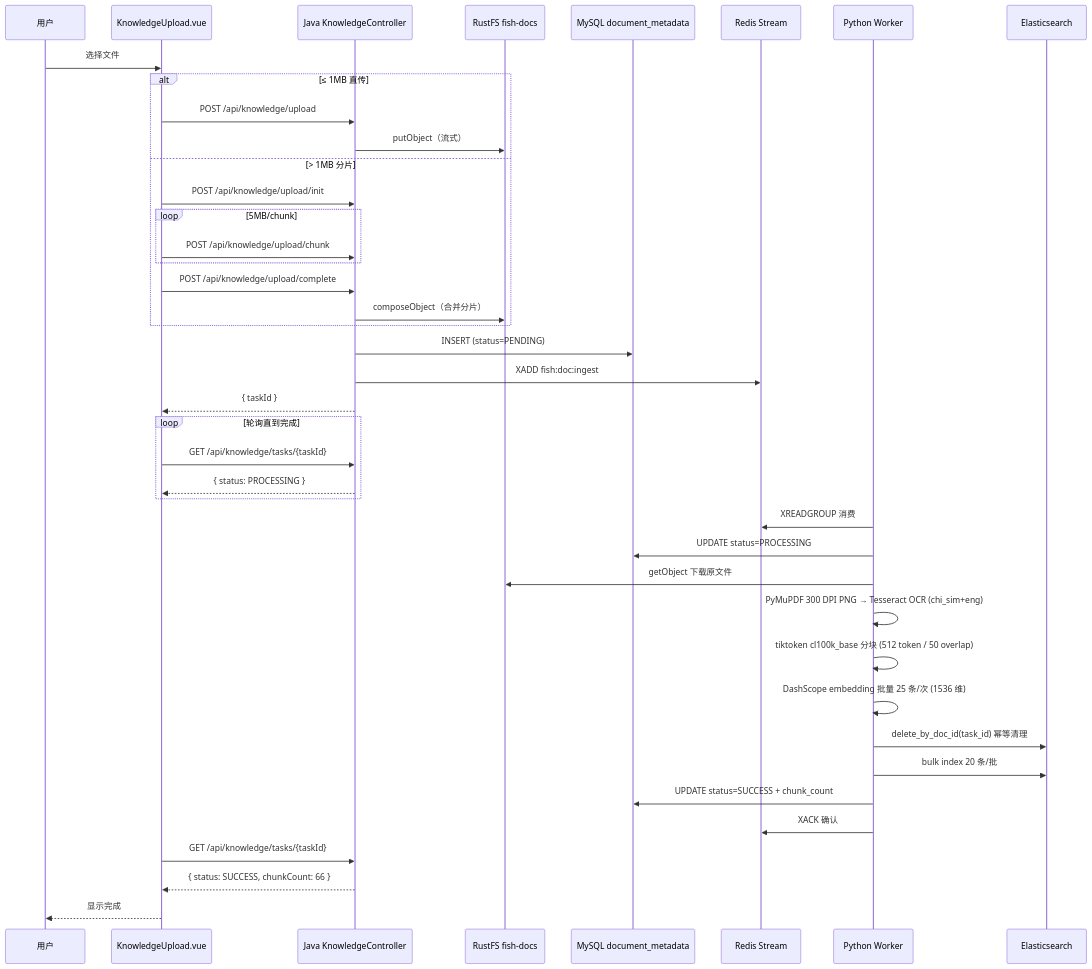
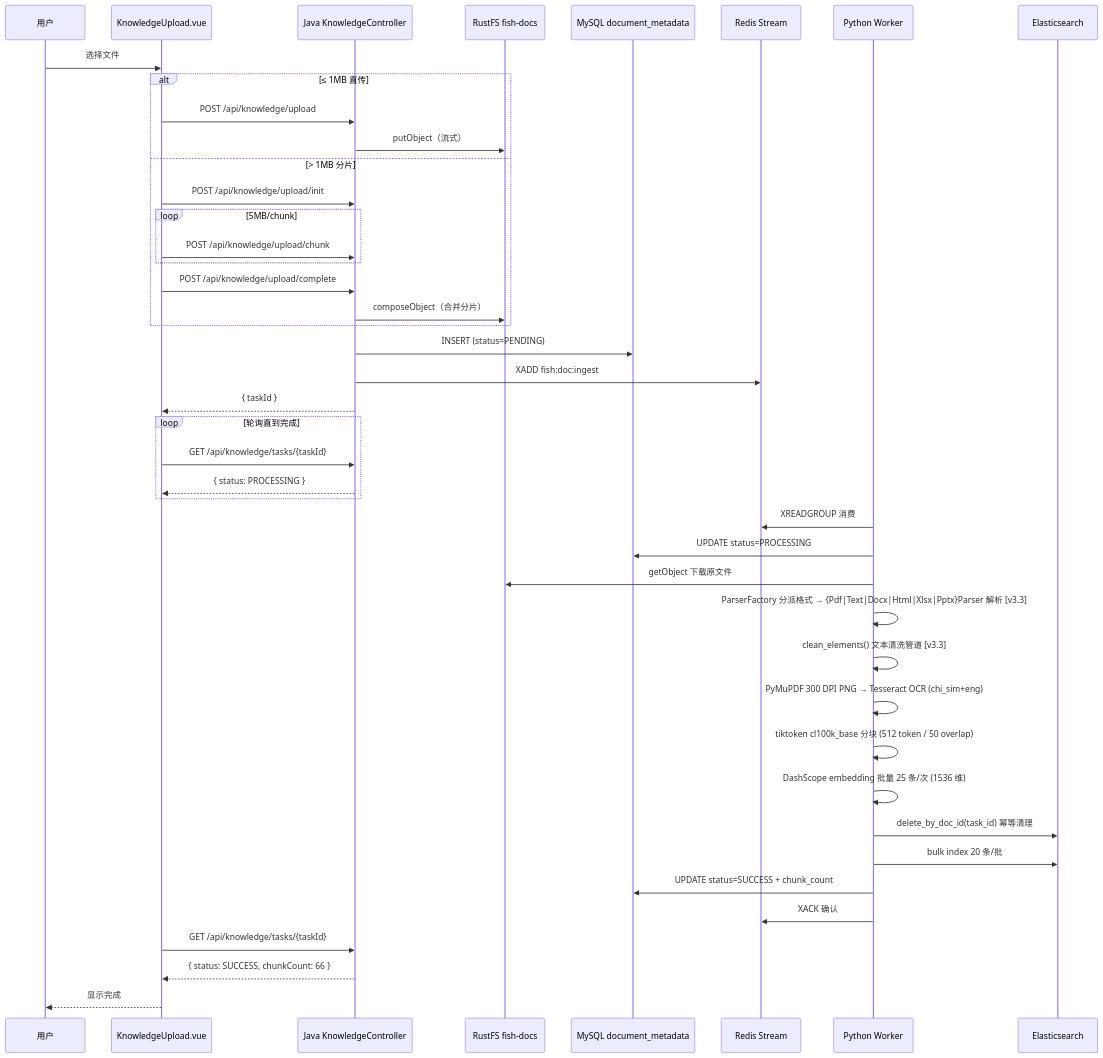
The second of 4 diagrams in document/模块要点/模块5-知识库闭环与可靠性.md (Yuyu123fish/Fish-Agent), drawn with Mermaid before and after one commit. The commit also changed 3 other files, not shown here.

````diff
--- a/document/模块要点/模块5-知识库闭环与可靠性.md
+++ b/document/模块要点/模块5-知识库闭环与可靠性.md
@@ -56,47 +56,49 @@
 ```mermaid
 sequenceDiagram
     participant U as 用户
     participant FE as KnowledgeUpload.vue
     participant BE as Java KnowledgeController
     participant RustFS as RustFS fish-docs
     participant MySQL as MySQL document_metadata
     participant Stream as Redis Stream
     participant Worker as Python Worker
     participant ES as Elasticsearch
 
     U->>FE: 选择文件
     alt ≤ 1MB 直传
         FE->>BE: POST /api/knowledge/upload
         BE->>RustFS: putObject（流式）
     else > 1MB 分片
         FE->>BE: POST /api/knowledge/upload/init
         loop 5MB/chunk
             FE->>BE: POST /api/knowledge/upload/chunk
         end
         FE->>BE: POST /api/knowledge/upload/complete
         BE->>RustFS: composeObject（合并分片）
     end
     BE->>MySQL: INSERT (status=PENDING)
     BE->>Stream: XADD fish:doc:ingest
     BE-->>FE: { taskId }
     
     loop 轮询直到完成
         FE->>BE: GET /api/knowledge/tasks/{taskId}
         BE-->>FE: { status: PROCESSING }
     end
 
     Worker->>Stream: XREADGROUP 消费
     Worker->>MySQL: UPDATE status=PROCESSING
     Worker->>RustFS: getObject 下载原文件
+    Worker->>Worker: ParserFactory 分派格式 → {Pdf|Text|Docx|Html|Xlsx|Pptx}Parser 解析 [v3.3]
+    Worker->>Worker: clean_elements() 文本清洗管道 [v3.3]
     Worker->>Worker: PyMuPDF 300 DPI PNG → Tesseract OCR (chi_sim+eng)
     Worker->>Worker: tiktoken cl100k_base 分块 (512 token / 50 overlap)
     Worker->>Worker: DashScope embedding 批量 25 条/次 (1536 维)
     Worker->>ES: delete_by_doc_id(task_id) 幂等清理
     Worker->>ES: bulk index 20 条/批
     Worker->>MySQL: UPDATE status=SUCCESS + chunk_count
     Worker->>Stream: XACK 确认
     
     FE->>BE: GET /api/knowledge/tasks/{taskId}
     BE-->>FE: { status: SUCCESS, chunkCount: 66 }
     FE-->>U: 显示完成
 ```
````
